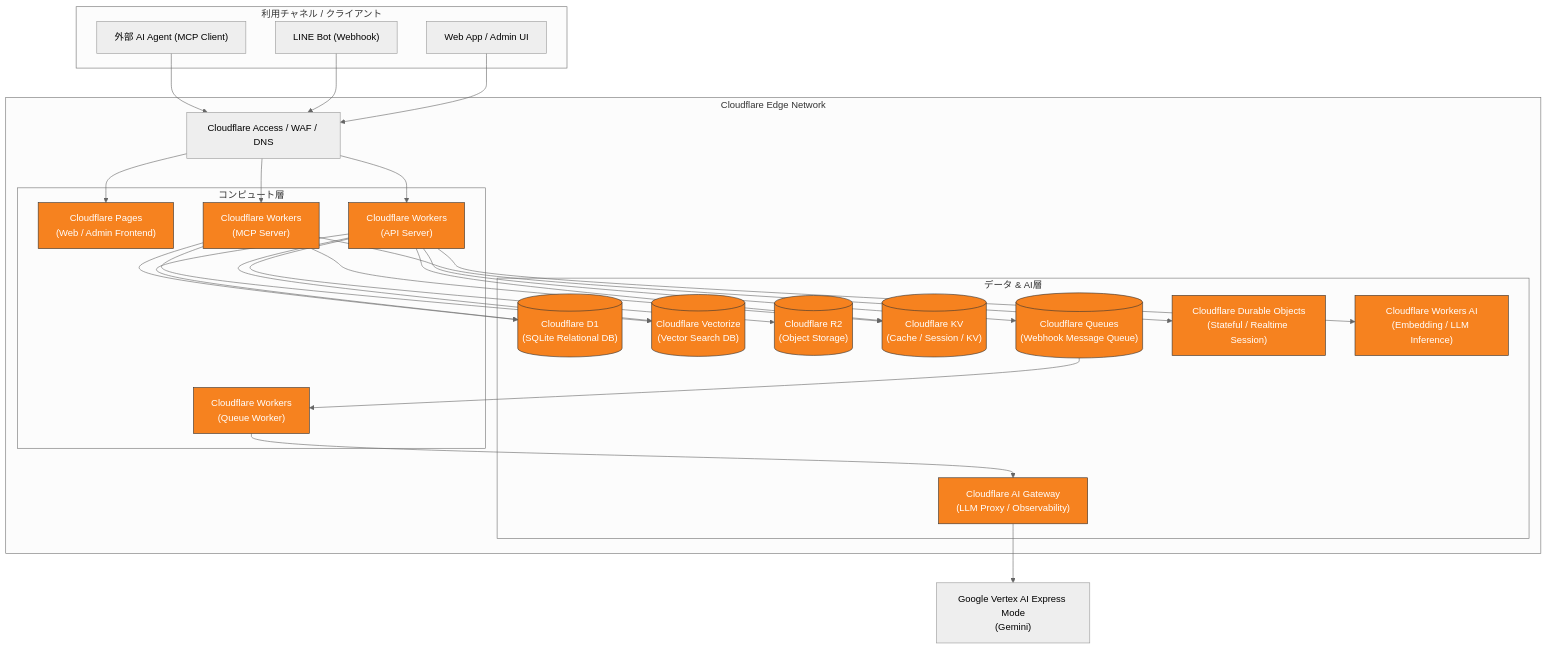
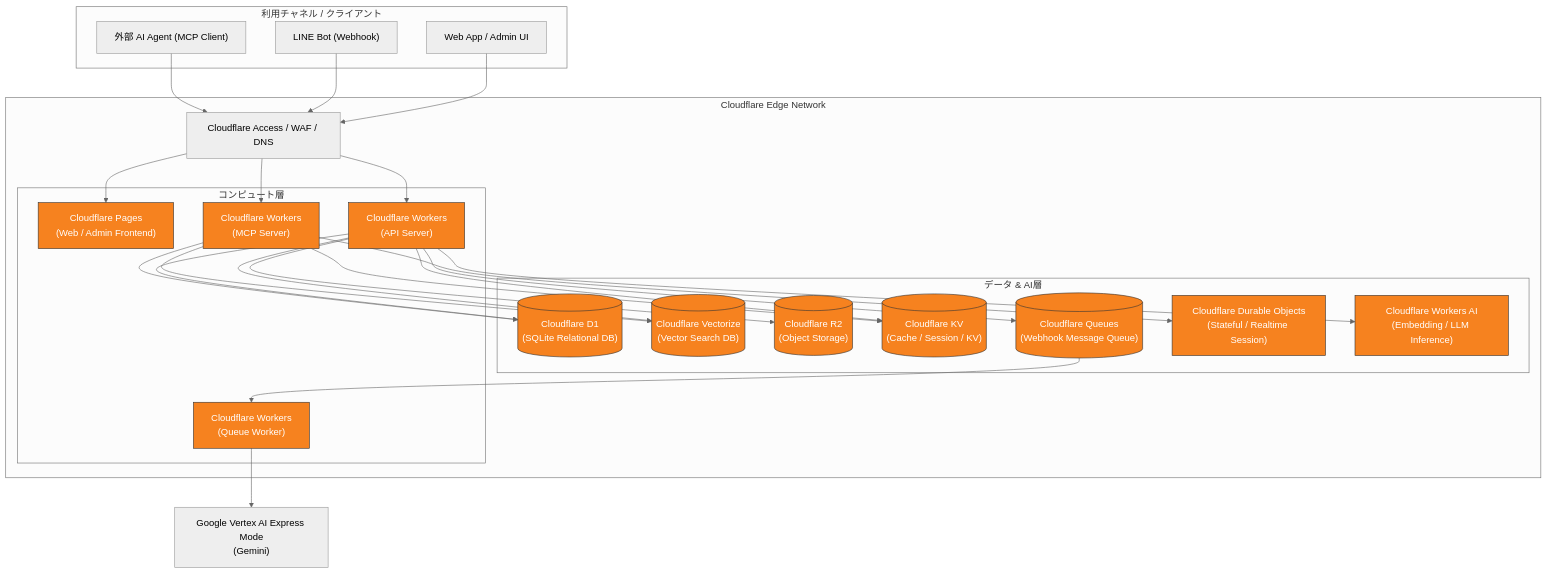
Before and after one commit to kkyosuke/me-builder: the first of 2 diagrams in docs/architecture/infrastructure-architecture.md, drawn with Mermaid (neutral theme). The commit also changed other lines of this file and 31 other files, not shown here.

````diff
--- a/docs/architecture/infrastructure-architecture.md
+++ b/docs/architecture/infrastructure-architecture.md
@@ -33,59 +33,57 @@
 ```mermaid
 flowchart TD
     subgraph Clients["利用チャネル / クライアント"]
         Web["Web App / Admin UI"]
         LINE["LINE Bot (Webhook)"]
         Agent["外部 AI Agent (MCP Client)"]
     end
 
     subgraph Edge["Cloudflare Edge Network"]
         CF_Sec["Cloudflare Access / WAF / DNS"]
         
         subgraph Compute["コンピュート層"]
             Pages["Cloudflare Pages<br/>(Web / Admin Frontend)"]
             WorkersAPI["Cloudflare Workers<br/>(API Server)"]
             WorkersMCP["Cloudflare Workers<br/>(MCP Server)"]
             WorkersWorker["Cloudflare Workers<br/>(Queue Worker)"]
         end
 
         subgraph Storage["データ & AI層"]
             D1[("Cloudflare D1<br/>(SQLite Relational DB)")]
             Vectorize[("Cloudflare Vectorize<br/>(Vector Search DB)")]
             R2[("Cloudflare R2<br/>(Object Storage)")]
             KV[("Cloudflare KV<br/>(Cache / Session / KV)")]
             Queues[("Cloudflare Queues<br/>(Webhook Message Queue)")]
             DO["Cloudflare Durable Objects<br/>(Stateful / Realtime Session)"]
             WorkersAI["Cloudflare Workers AI<br/>(Embedding / LLM Inference)"]
-            AIGateway["Cloudflare AI Gateway<br/>(LLM Proxy / Observability)"]
         end
     end
 
     Gemini["Google Vertex AI Express Mode<br/>(Gemini)"]
 
     Web --> CF_Sec
     LINE --> CF_Sec
     Agent --> CF_Sec
 
     CF_Sec --> Pages
     CF_Sec --> WorkersAPI
     CF_Sec --> WorkersMCP
 
     WorkersAPI --> Queues
     Queues --> WorkersWorker
-    WorkersWorker --> AIGateway
-    AIGateway --> Gemini
+    WorkersWorker --> Gemini
 
     WorkersAPI --> D1
     WorkersAPI --> R2
     WorkersAPI --> KV
     WorkersAPI --> Vectorize
     WorkersAPI --> WorkersAI
 
     WorkersMCP --> DO
     WorkersMCP --> D1
     WorkersMCP --> Vectorize
     WorkersMCP --> KV
 
     classDef cfFill fill:#f6821f,stroke:#333,stroke-width:1px,color:#fff;
-    class Pages,WorkersAPI,WorkersMCP,WorkersWorker,D1,Vectorize,R2,KV,Queues,DO,WorkersAI,AIGateway cfFill;
+    class Pages,WorkersAPI,WorkersMCP,WorkersWorker,D1,Vectorize,R2,KV,Queues,DO,WorkersAI cfFill;
 ```
````
